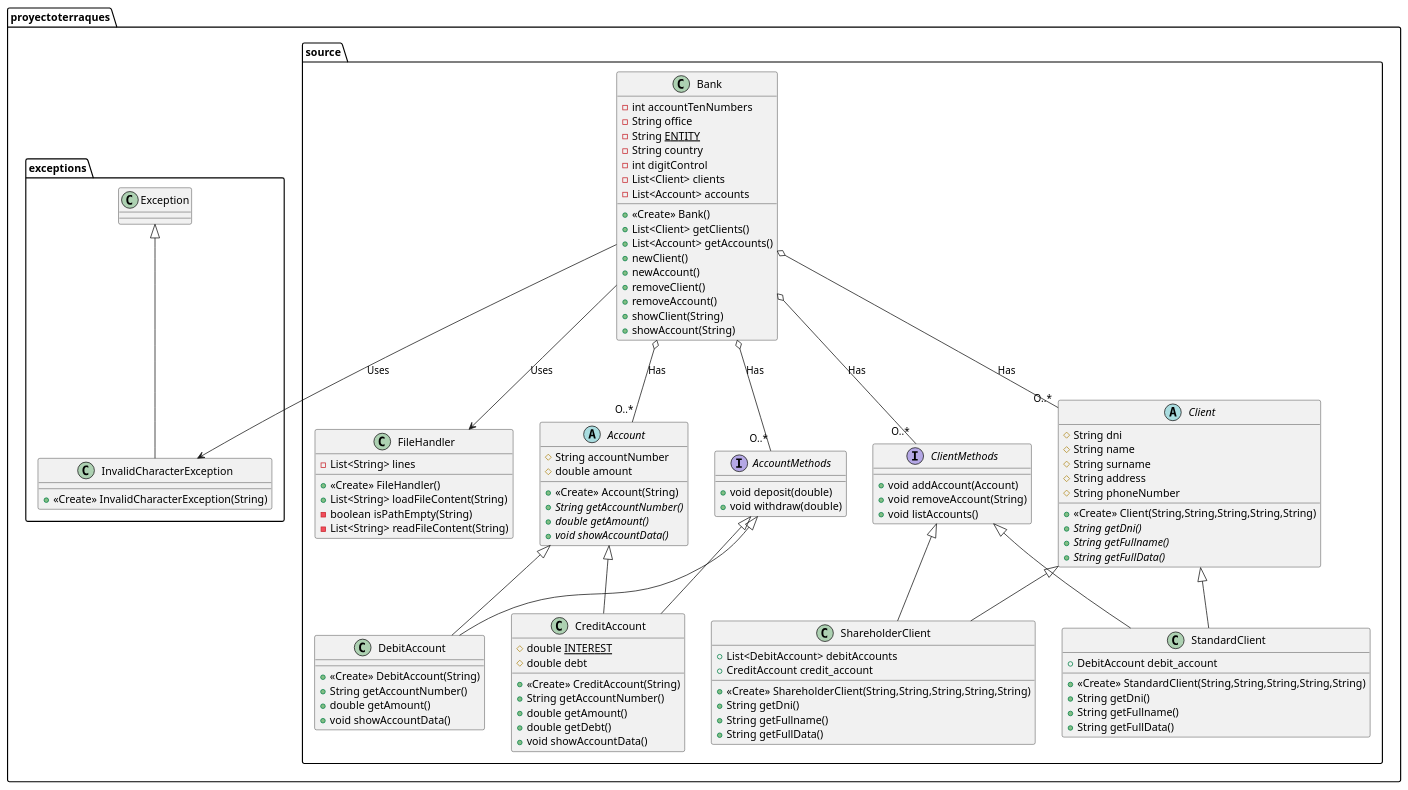
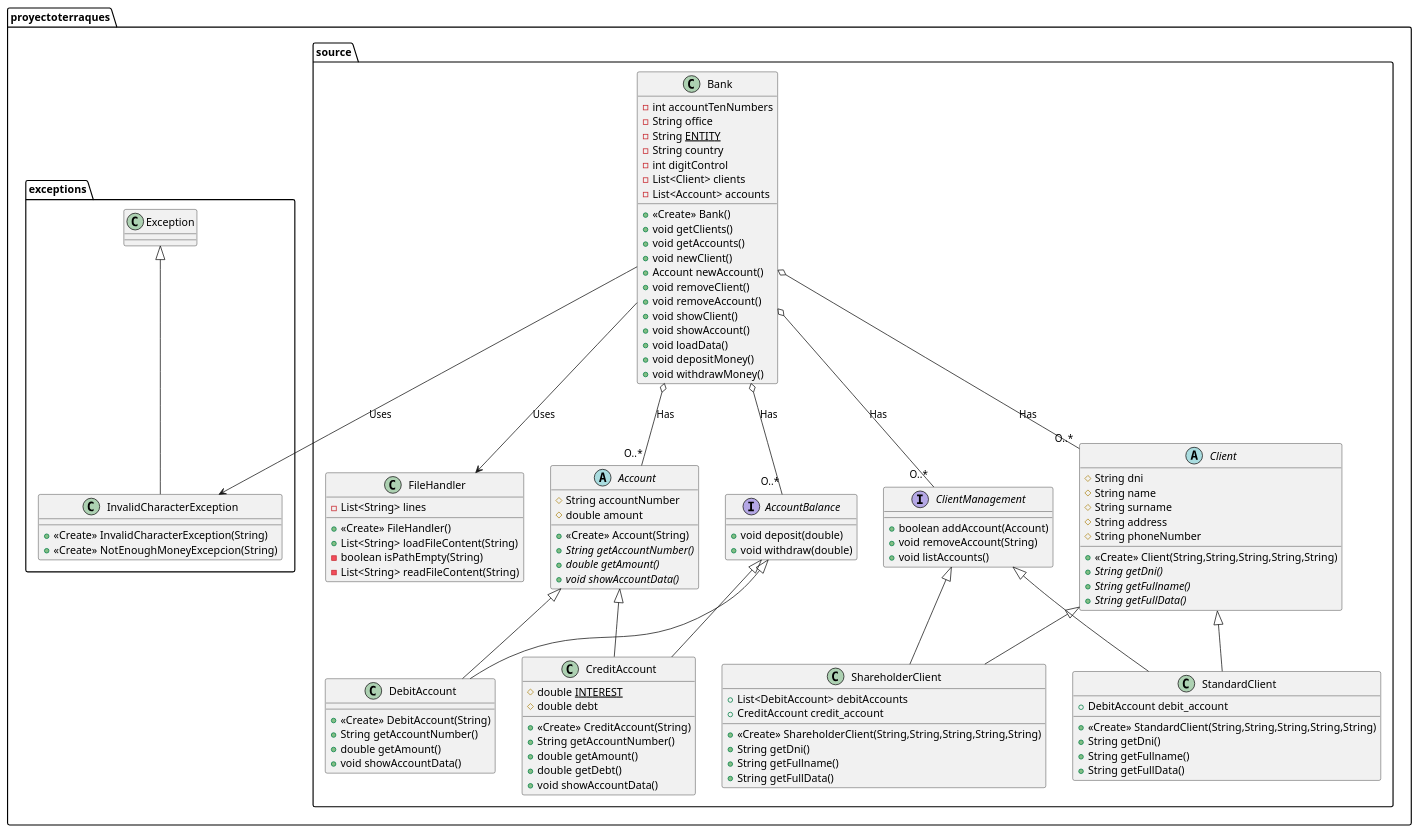
Before and after one commit to eabol/awesome-projects-prograii: the diagram in proyectoTerraques/out/production/proyectoTerraques/proyectoterraques/docs/diagram.puml, drawn with PlantUML. The commit also changed 30 other files, not shown here.

```diff
--- a/proyectoTerraques/out/production/proyectoTerraques/proyectoterraques/docs/diagram.puml
+++ b/proyectoTerraques/out/production/proyectoTerraques/proyectoterraques/docs/diagram.puml
@@ -1,130 +1,137 @@
 @startuml
 
 
 class proyectoterraques.source.Bank {
 - int accountTenNumbers
 - String office
 - String <u>ENTITY</u>
 - String country
 - int digitControl
 - List<Client> clients
 - List<Account> accounts
 + <<Create>> Bank()
-+ List<Client> getClients()
-+ List<Account> getAccounts()
-+ newClient()
-+ newAccount()
-+ removeClient()
-+ removeAccount()
-+ showClient(String)
-+ showAccount(String)
++ void getClients()
++ void getAccounts()
++ void newClient()
++ Account newAccount()
++ void removeClient()
++ void removeAccount()
++ void showClient()
++ void showAccount()
++ void loadData()
++ void depositMoney()
++ void withdrawMoney()
 
 }
 
 abstract class proyectoterraques.source.Client {
 # String dni
 # String name
 # String surname
 # String address
 # String phoneNumber
 + <<Create>> Client(String,String,String,String,String)
 + {abstract}String getDni()
 + {abstract}String getFullname()
 + {abstract}String getFullData()
 }
 
 class proyectoterraques.source.ShareholderClient {
 + <<Create>> ShareholderClient(String,String,String,String,String)
 + String getDni()
 + String getFullname()
 + String getFullData()
 + List<DebitAccount> debitAccounts
 + CreditAccount credit_account
 }
 
 class proyectoterraques.source.StandardClient {
 + <<Create>> StandardClient(String,String,String,String,String)
 + String getDni()
 + String getFullname()
 + String getFullData()
 + DebitAccount debit_account
 }
 
 abstract class proyectoterraques.source.Account {
 #  String accountNumber
 #  double amount
 + <<Create>> Account(String)
 + {abstract} String getAccountNumber()
 + {abstract} double getAmount()
 + {abstract} void showAccountData()
 
 }
 
-interface proyectoterraques.source.AccountMethods {
+interface proyectoterraques.source.AccountBalance {
 + void deposit(double)
 + void withdraw(double)
 
 
 }
 
-interface proyectoterraques.source.ClientMethods {
-+void addAccount(Account)
+interface proyectoterraques.source.ClientManagement {
++boolean addAccount(Account)
 +void removeAccount(String)
 +void listAccounts()
 
 }
 
 class proyectoterraques.source.DebitAccount {
 + <<Create>> DebitAccount(String)
 + String getAccountNumber()
 + double getAmount()
 + void showAccountData()
 
 
 }
 
 class proyectoterraques.source.CreditAccount {
 # double <u>INTEREST</u>
 # double debt
 + <<Create>> CreditAccount(String)
 + String getAccountNumber()
 + double getAmount()
 + double getDebt()
 + void showAccountData()
 
 
 }
 
 class proyectoterraques.source.FileHandler {
 - List<String> lines
 + <<Create>> FileHandler()
 + List<String> loadFileContent(String)
 - boolean isPathEmpty(String)
 - List<String> readFileContent(String)
 }
 
 class proyectoterraques.exceptions.Exception{
 
 }
 
+
+
 class proyectoterraques.exceptions.InvalidCharacterException{
 + <<Create>> InvalidCharacterException(String)
++ <<Create>> NotEnoughMoneyExcepcion(String)
+
 
 }
 
 proyectoterraques.source.Bank o-- "O..*" proyectoterraques.source.Account : Has
 proyectoterraques.source.Bank o-- "O..*" proyectoterraques.source.Client : Has
-proyectoterraques.source.Bank o-- "O..*" proyectoterraques.source.AccountMethods : Has
-proyectoterraques.source.Bank o-- "O..*" proyectoterraques.source.ClientMethods : Has
+proyectoterraques.source.Bank o-- "O..*" proyectoterraques.source.AccountBalance : Has
+proyectoterraques.source.Bank o-- "O..*" proyectoterraques.source.ClientManagement : Has
 proyectoterraques.source.Client <|-- proyectoterraques.source.ShareholderClient
-proyectoterraques.source.ClientMethods <|-- proyectoterraques.source.ShareholderClient
+proyectoterraques.source.ClientManagement <|-- proyectoterraques.source.ShareholderClient
 proyectoterraques.source.Account <|-- proyectoterraques.source.DebitAccount
-proyectoterraques.source.AccountMethods <|-- proyectoterraques.source.DebitAccount
+proyectoterraques.source.AccountBalance <|-- proyectoterraques.source.DebitAccount
 proyectoterraques.source.Client <|-- proyectoterraques.source.StandardClient
-proyectoterraques.source.ClientMethods <|-- proyectoterraques.source.StandardClient
+proyectoterraques.source.ClientManagement <|-- proyectoterraques.source.StandardClient
 proyectoterraques.source.Account <|-- proyectoterraques.source.CreditAccount
-proyectoterraques.source.AccountMethods <|-- proyectoterraques.source.CreditAccount
+proyectoterraques.source.AccountBalance <|-- proyectoterraques.source.CreditAccount
 proyectoterraques.source.Bank --> proyectoterraques.source.FileHandler : Uses
 proyectoterraques.source.Bank --> proyectoterraques.exceptions.InvalidCharacterException : Uses
 proyectoterraques.exceptions.Exception <|-- proyectoterraques.exceptions.InvalidCharacterException
 @enduml
```
